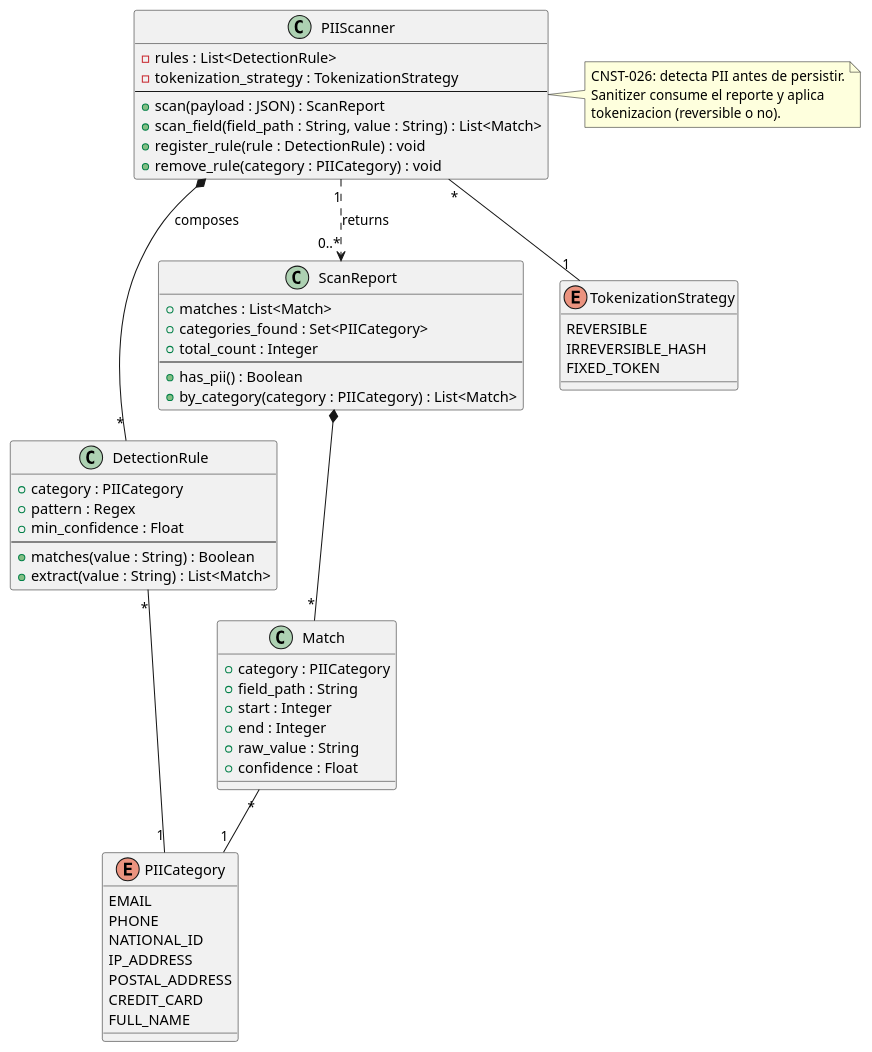
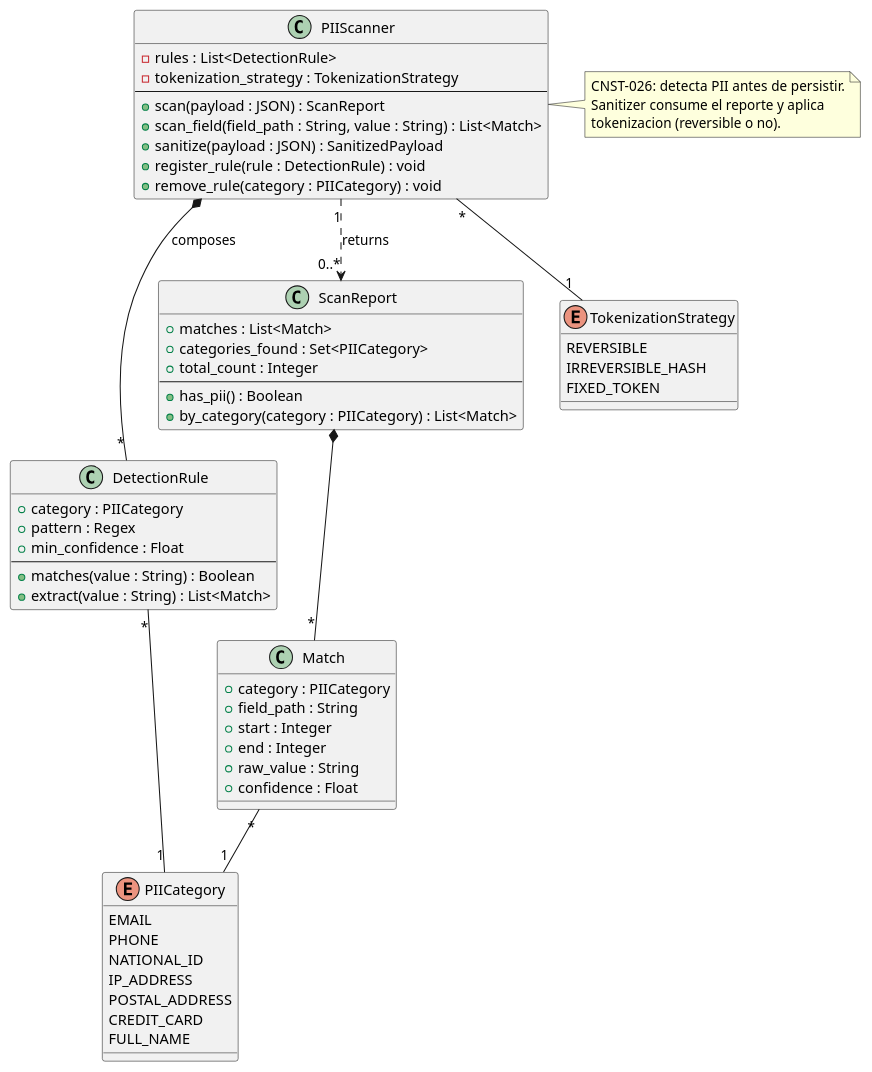
The diagram in source/arquitectura-tecnica/domain-model/pii-scanner.rst (jcg-admin/IACT-docs), drawn with PlantUML before and after one commit. The commit also changed 2 other files, not shown here.

Commit message:
Fix follow-up gaps detected post-EXECUTE (T-033 verification)
Two minor gaps surfaced by re-running the cross-ref analysis:

1. IVRNavigationReportService -> IvrNavigationReportService
   T-026 aliased MenuIVRReportService to IVRNavigationReportService
   but the canonical DM class is IvrNavigationReportService
   (PascalCase, not all uppercase). Corrected 2 UC refs in
   uc-rpt-16.

2. PIIScanner.sanitize() ADDED to canonical pii-scanner.rst
   UC uc-aud-01 declares + sanitize(rows) : List in PIIScanner
   class block. DM had scan/scan_field but not sanitize. Per D4
   criterion (concept without DM equivalent → ADD), added
   sanitize(payload : JSON) : SanitizedPayload to canonical DM.

Final cross-ref verification now shows:
- 0 truly missing classes
- 0 case mismatches
- 0 missing members

Refs: WP uc-view-domain-alignment, T-033 follow-up

```diff
--- a/source/arquitectura-tecnica/domain-model/pii-scanner.rst
+++ b/source/arquitectura-tecnica/domain-model/pii-scanner.rst
@@ -33,73 +33,74 @@
 .. uml::
  :caption: Clase PIIScanner — detector de PII en payload de
            AuditEvent (CNST-026).
 
  @startuml
 
  class PIIScanner {
    - rules : List<DetectionRule>
    - tokenization_strategy : TokenizationStrategy
    --
    + scan(payload : JSON) : ScanReport
    + scan_field(field_path : String, value : String) : List<Match>
+   + sanitize(payload : JSON) : SanitizedPayload
    + register_rule(rule : DetectionRule) : void
    + remove_rule(category : PIICategory) : void
  }
 
  class DetectionRule {
    + category : PIICategory
    + pattern : Regex
    + min_confidence : Float
    --
    + matches(value : String) : Boolean
    + extract(value : String) : List<Match>
  }
 
  class Match {
    + category : PIICategory
    + field_path : String
    + start : Integer
    + end : Integer
    + raw_value : String
    + confidence : Float
  }
 
  class ScanReport {
    + matches : List<Match>
    + categories_found : Set<PIICategory>
    + total_count : Integer
    --
    + has_pii() : Boolean
    + by_category(category : PIICategory) : List<Match>
  }
 
  enum PIICategory {
    EMAIL
    PHONE
    NATIONAL_ID
    IP_ADDRESS
    POSTAL_ADDRESS
    CREDIT_CARD
    FULL_NAME
  }
 
  enum TokenizationStrategy {
    REVERSIBLE
    IRREVERSIBLE_HASH
    FIXED_TOKEN
  }
 
  PIIScanner *-- "*" DetectionRule : composes
  PIIScanner "1" ..> "0..*" ScanReport : returns
  PIIScanner "*" -- "1" TokenizationStrategy
  DetectionRule "*" -- "1" PIICategory
  ScanReport *-- "*" Match
  Match "*" -- "1" PIICategory
 
  note right of PIIScanner
    CNST-026: detecta PII antes de persistir.
    Sanitizer consume el reporte y aplica
    tokenizacion (reversible o no).
  end note
 
  @enduml
```
